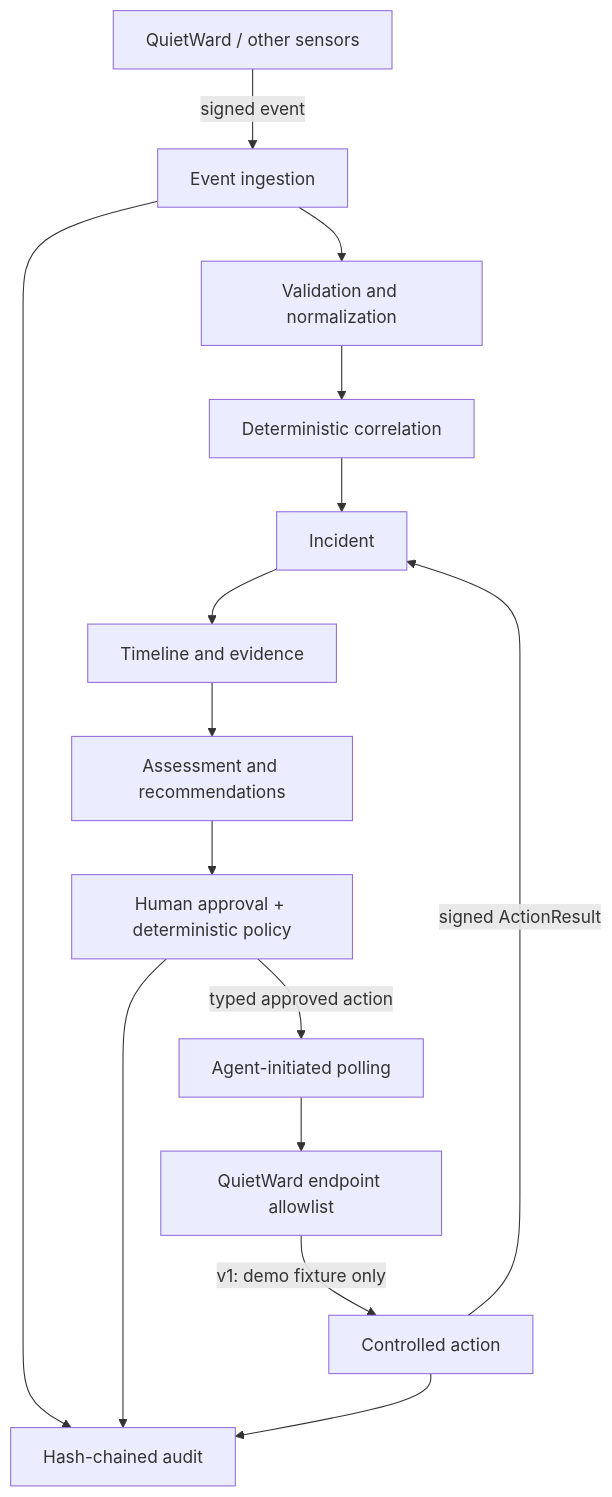
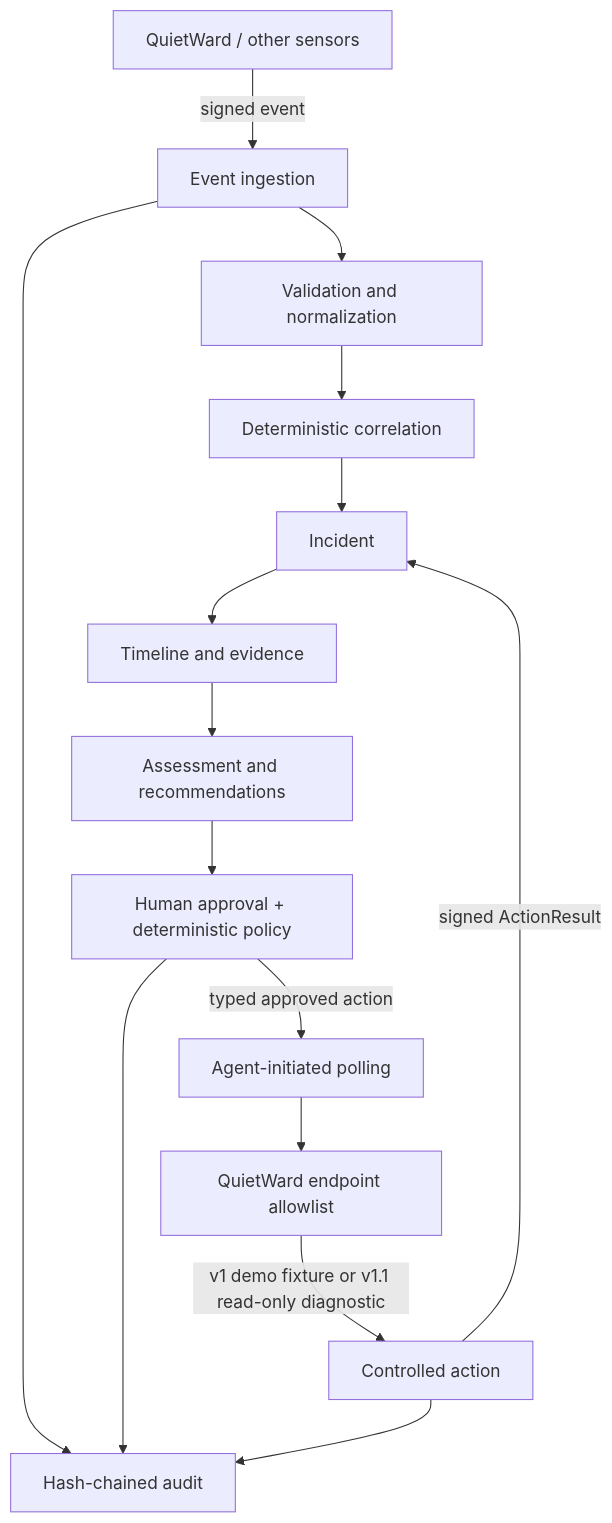
The diagram in README.md (LUKEcheadle-ship-it/quietward-response), drawn with Mermaid before and after one commit. The commit also changed other lines of this file, not shown here.

````diff
--- a/README.md
+++ b/README.md
@@ -20,17 +22,17 @@
 ```mermaid
 flowchart TD
     Q[QuietWard / other sensors] -->|signed event| I[Event ingestion]
     I --> N[Validation and normalization]
     N --> C[Deterministic correlation]
     C --> X[Incident]
     X --> T[Timeline and evidence]
     T --> R[Assessment and recommendations]
     R --> P[Human approval + deterministic policy]
     P -->|typed approved action| A[Agent-initiated polling]
     A --> E[QuietWard endpoint allowlist]
-    E -->|v1: demo fixture only| Z[Controlled action]
+    E -->|v1 demo fixture or v1.1 read-only diagnostic| Z[Controlled action]
     Z -->|signed ActionResult| X
     I --> U[Hash-chained audit]
     P --> U
     Z --> U
 ```
````
